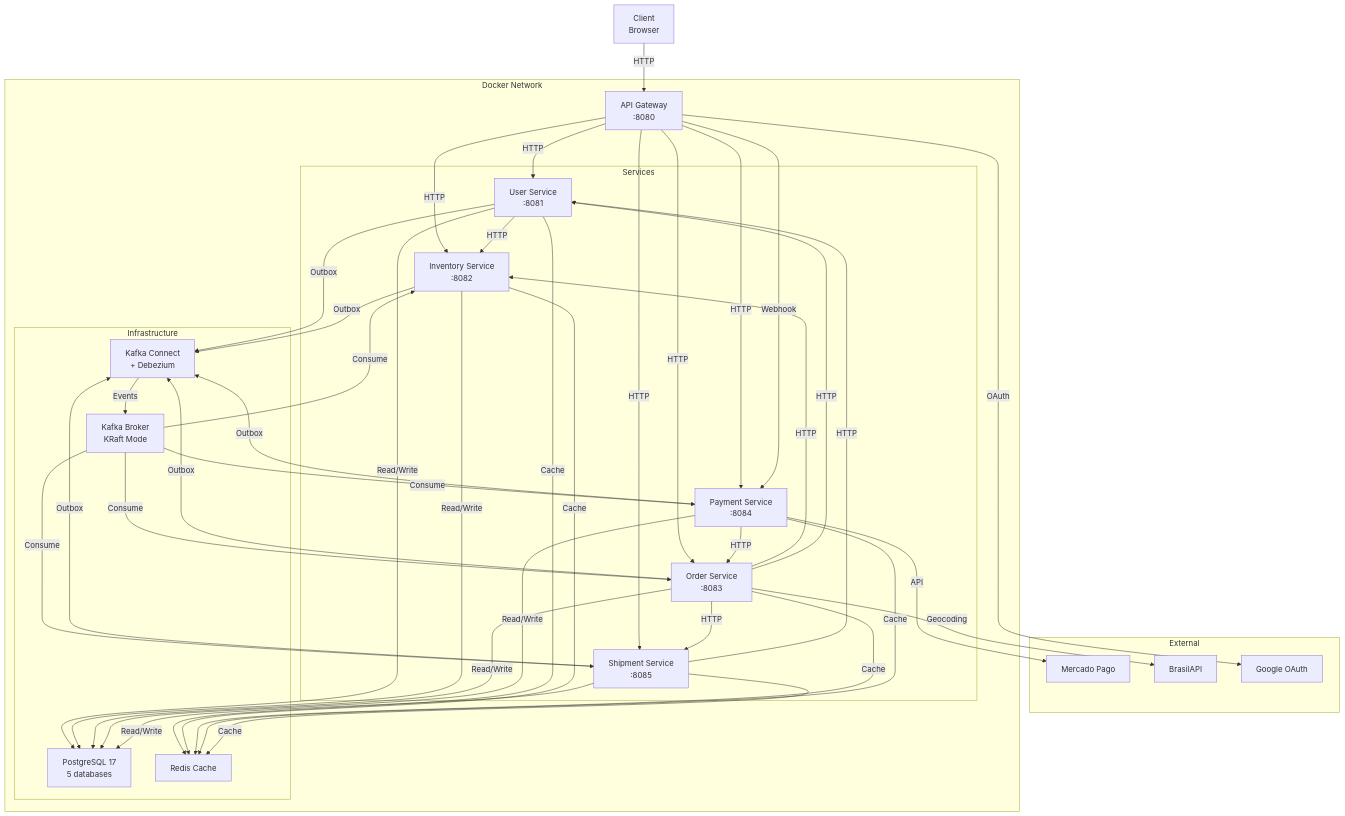
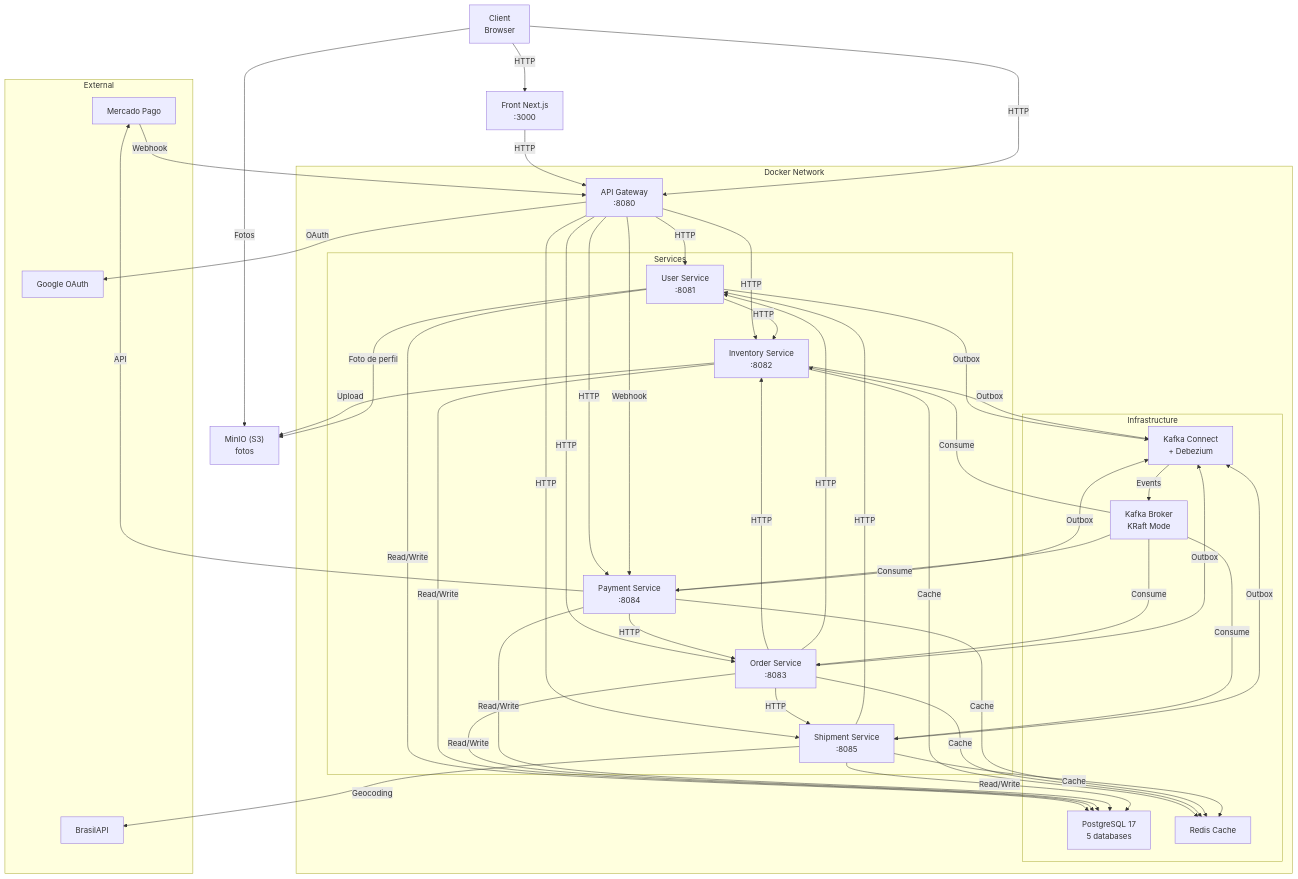
Before and after one commit to TiagoAReiz/ecommerce-event-driven-spring: the first of 2 diagrams in README.md, drawn with Mermaid. The commit also changed other lines of this file, not shown here.

First line of the commit message:
docs(readme): pitch mais direto, diagrama e comandos de validacao corrigidos

````diff
--- a/README.md
+++ b/README.md
@@ -17,73 +19,80 @@
 ```mermaid
 graph TB
     subgraph "External"
         MP["Mercado Pago"]
         BRAPI["BrasilAPI"]
         GOOGLE["Google OAuth"]
     end
     
     subgraph "Docker Network"
         GW["API Gateway<br/>:8080"]
         
         subgraph "Services"
             USER["User Service<br/>:8081"]
             INV["Inventory Service<br/>:8082"]
             ORDER["Order Service<br/>:8083"]
             PAYMENT["Payment Service<br/>:8084"]
             SHIPMENT["Shipment Service<br/>:8085"]
         end
         
         subgraph "Infrastructure"
             DB["PostgreSQL 17<br/>5 databases"]
             KAFKA["Kafka Broker<br/>KRaft Mode"]
             CONNECT["Kafka Connect<br/>+ Debezium"]
             REDIS["Redis Cache"]
         end
     end
     
     CLIENT["Client<br/>Browser"]
+    FRONT["Front Next.js<br/>:3000"]
+    MINIO["MinIO (S3)<br/>fotos"]
     
+    CLIENT -->|HTTP| FRONT
+    FRONT -->|HTTP| GW
     CLIENT -->|HTTP| GW
+    CLIENT -->|Fotos| MINIO
+    INV -->|Upload| MINIO
+    USER -->|Foto de perfil| MINIO
     GW -->|HTTP| USER
     GW -->|HTTP| INV
     GW -->|HTTP| ORDER
     GW -->|HTTP| PAYMENT
     GW -->|HTTP| SHIPMENT
     
     USER -->|HTTP| INV
     ORDER -->|HTTP| INV
     ORDER -->|HTTP| SHIPMENT
     ORDER -->|HTTP| USER
     PAYMENT -->|HTTP| ORDER
     SHIPMENT -->|HTTP| USER
     
     USER -->|Outbox| CONNECT
     INV -->|Outbox| CONNECT
     ORDER -->|Outbox| CONNECT
     PAYMENT -->|Outbox| CONNECT
     SHIPMENT -->|Outbox| CONNECT
     
     CONNECT -->|Events| KAFKA
     KAFKA -->|Consume| INV
     KAFKA -->|Consume| ORDER
     KAFKA -->|Consume| PAYMENT
     KAFKA -->|Consume| SHIPMENT
     
     USER -->|Read/Write| DB
     INV -->|Read/Write| DB
     ORDER -->|Read/Write| DB
     PAYMENT -->|Read/Write| DB
     SHIPMENT -->|Read/Write| DB
     
-    USER -->|Cache| REDIS
     INV -->|Cache| REDIS
     ORDER -->|Cache| REDIS
     PAYMENT -->|Cache| REDIS
     SHIPMENT -->|Cache| REDIS
     
     PAYMENT -->|API| MP
+    MP -->|Webhook| GW
     GW -->|Webhook| PAYMENT
     
-    ORDER -->|Geocoding| BRAPI
+    SHIPMENT -->|Geocoding| BRAPI
     GW -->|OAuth| GOOGLE
 ```
````
